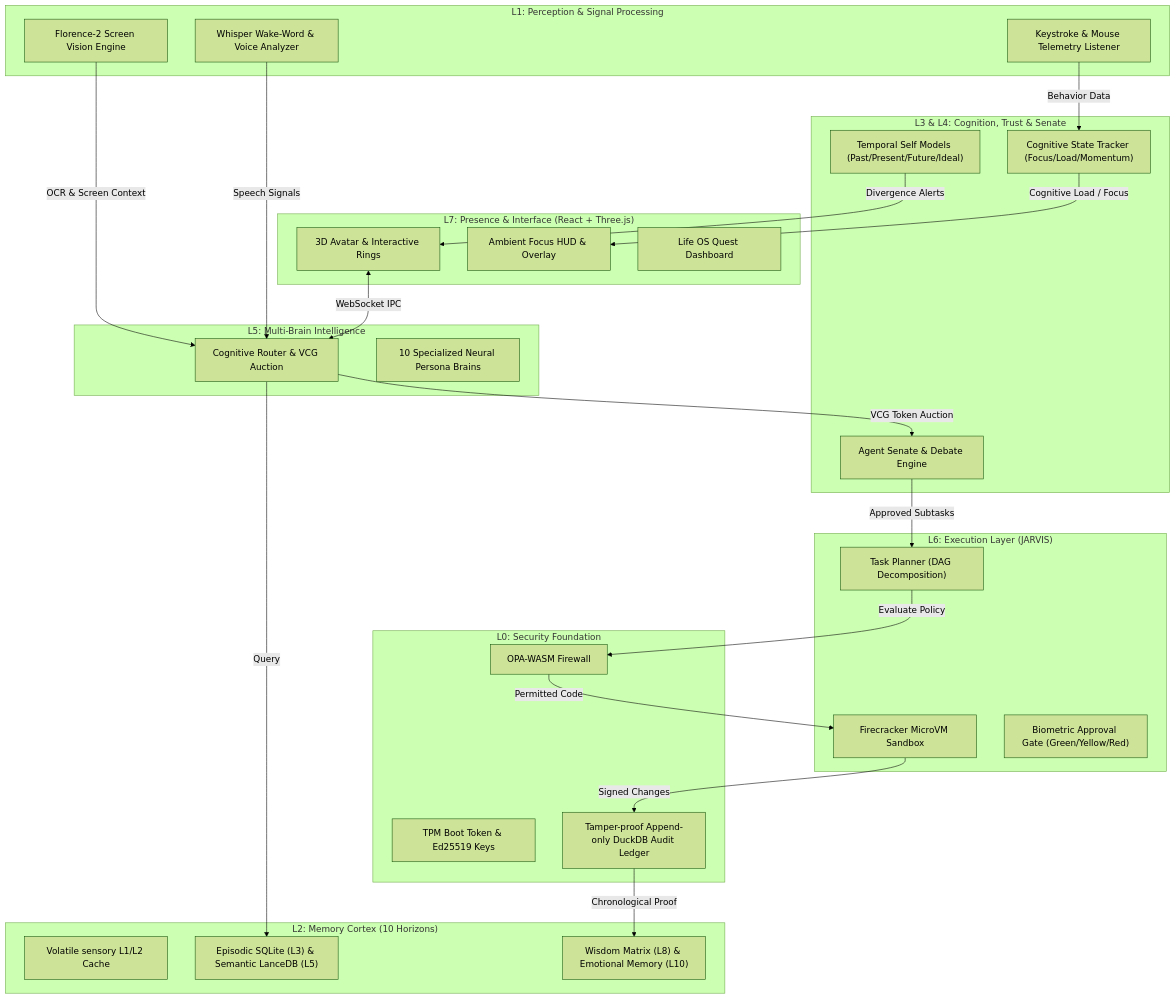
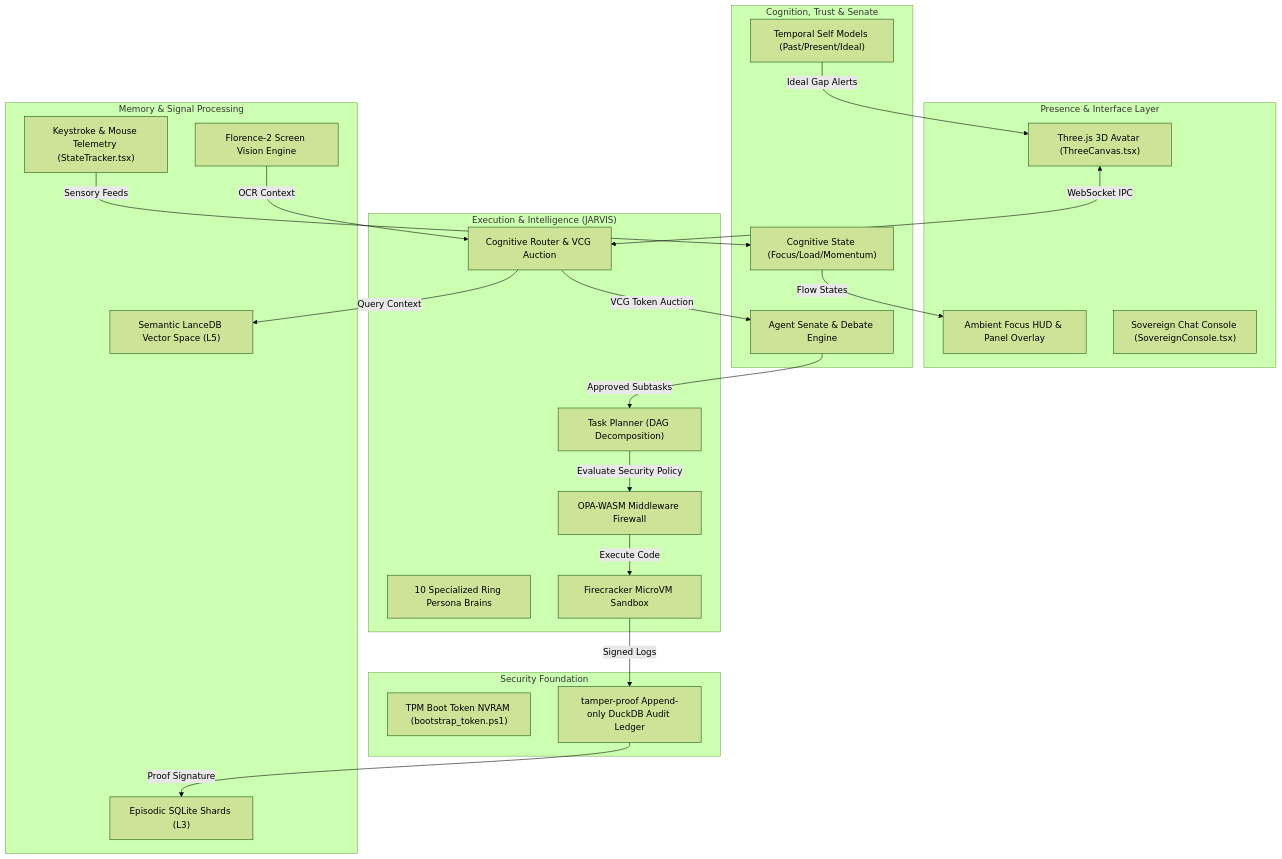
The diagram in README.md (theninthfoundry/solomon-x1), drawn with Mermaid (forest theme) before and after one commit. The commit also changed other lines of this file, not shown here.

````diff
--- a/README.md
+++ b/README.md
@@ -21,58 +40,48 @@
 ```mermaid
 flowchart TD
-    subgraph Layer7["L7: Presence & Interface (React + Three.js)"]
-        UI["3D Avatar & Interactive Rings"]
-        Overlay["Ambient Focus HUD & Overlay"]
-        Dashboard["Life OS Quest Dashboard"]
+    subgraph L7["Presence & Interface Layer"]
+        UI["Three.js 3D Avatar (ThreeCanvas.tsx)"]
+        Overlay["Ambient Focus HUD & Panel Overlay"]
+        Sovereign["Sovereign Chat Console (SovereignConsole.tsx)"]
     end
 
-    subgraph Layer6["L6: Execution Layer (JARVIS)"]
+    subgraph L5_L6["Execution & Intelligence (JARVIS)"]
+        Router["Cognitive Router & VCG Auction"]
+        Brains["10 Specialized Ring Persona Brains"]
         Planner["Task Planner (DAG Decomposition)"]
+        Firewall["OPA-WASM Middleware Firewall"]
         Sandbox["Firecracker MicroVM Sandbox"]
-        Gate["Biometric Approval Gate (Green/Yellow/Red)"]
     end
 
-    subgraph Layer5["L5: Multi-Brain Intelligence"]
-        Router["Cognitive Router & VCG Auction"]
-        Brains["10 Specialized Neural Persona Brains"]
+    subgraph L3_L4["Cognition, Trust & Senate"]
+        Senate["Agent Senate & Debate Engine"]
+        State["Cognitive State (Focus/Load/Momentum)"]
+        Self["Temporal Self Models (Past/Present/Ideal)"]
     end
 
-    subgraph Layer3_4["L3 & L4: Cognition, Trust & Senate"]
-        Senate["Agent Senate & Debate Engine"]
-        State["Cognitive State Tracker (Focus/Load/Momentum)"]
-        Self["Temporal Self Models (Past/Present/Future/Ideal)"]
+    subgraph L1_L2["Memory & Signal Processing"]
+        Telemetry["Keystroke & Mouse Telemetry (StateTracker.tsx)"]
+        Vision["Florence-2 Screen Vision Engine"]
+        L3_Mem["Episodic SQLite Shards (L3)"]
+        L5_Mem["Semantic LanceDB Vector Space (L5)"]
     end
 
-    subgraph Layer2["L2: Memory Cortex (10 Horizons)"]
-        L1_L2["Volatile sensory L1/L2 Cache"]
-        L3_L5["Episodic SQLite (L3) & Semantic LanceDB (L5)"]
-        L8_L10["Wisdom Matrix (L8) & Emotional Memory (L10)"]
-    end
-
-    subgraph Layer1["L1: Perception & Signal Processing"]
-        Telemetry["Keystroke & Mouse Telemetry Listener"]
-        Vision["Florence-2 Screen Vision Engine"]
-        Audio["Whisper Wake-Word & Voice Analyzer"]
-    end
-
-    subgraph Layer0["L0: Security Foundation"]
-        TPM["TPM Boot Token & Ed25519 Keys"]
-        Firewall["OPA-WASM Firewall"]
-        Ledger["Tamper-proof Append-only DuckDB Audit Ledger"]
+    subgraph L0["Security Foundation"]
+        TPM["TPM Boot Token NVRAM (bootstrap_token.ps1)"]
+        Ledger["tamper-proof Append-only DuckDB Audit Ledger"]
     end
 
     %% Flow lines
-    Telemetry -->|Behavior Data| State
-    Vision -->|OCR & Screen Context| Router
-    Audio -->|Speech Signals| Router
+    Telemetry -->|Sensory Feeds| State
+    Vision -->|OCR Context| Router
     UI <-->|WebSocket IPC| Router
-    Router -->|Query| L3_L5
     Router -->|VCG Token Auction| Senate
     Senate -->|Approved Subtasks| Planner
-    Planner -->|Evaluate Policy| Firewall
-    Firewall -->|Permitted Code| Sandbox
-    Sandbox -->|Signed Changes| Ledger
-    Ledger -->|Chronological Proof| L8_L10
-    State -->|Cognitive Load / Focus| Overlay
-    Self -->|Divergence Alerts| UI
+    Planner -->|Evaluate Security Policy| Firewall
+    Firewall -->|Execute Code| Sandbox
+    Sandbox -->|Signed Logs| Ledger
+    Ledger -->|Proof Signature| L3_Mem
+    Router -->|Query Context| L5_Mem
+    State -->|Flow States| Overlay
+    Self -->|Ideal Gap Alerts| UI
 ```
````
